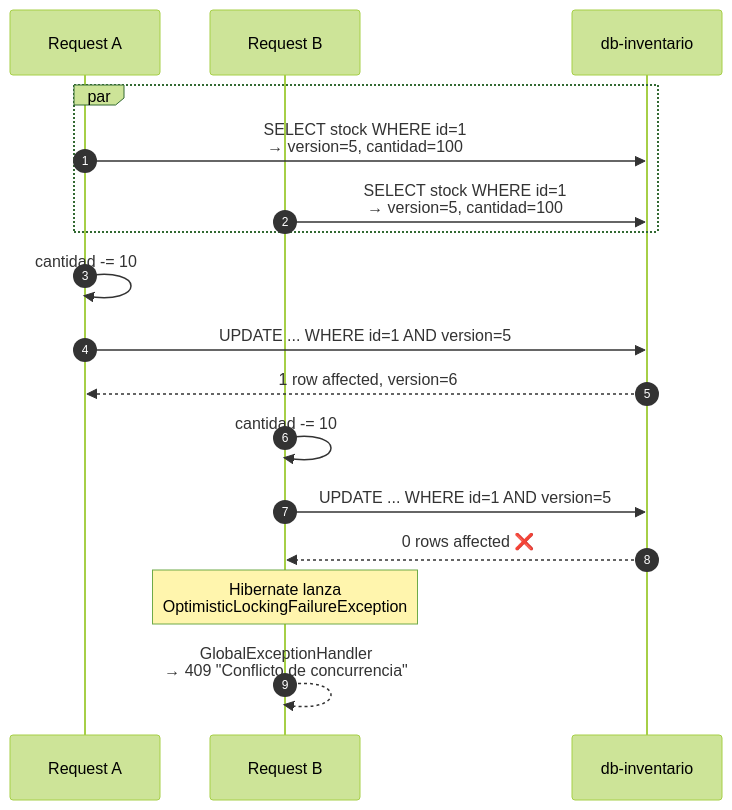
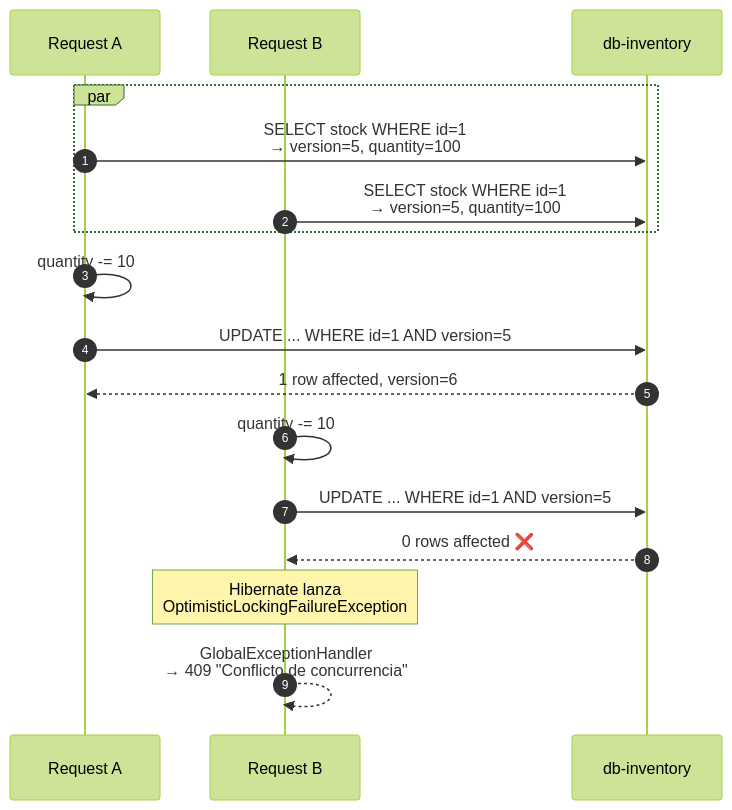
One commit to smartLogixfs/smartlogixs changed the third of 4 diagrams in backend/ms-inventory/README.md. Above: the diagram before and after it, drawn with Mermaid (forest theme). The commit also changed other lines of this file and 8 other files, not shown here.

````diff
--- a/backend/ms-inventory/README.md
+++ b/backend/ms-inventory/README.md
@@ -115,23 +133,23 @@
 ```mermaid
 sequenceDiagram
     autonumber
     participant A as Request A
     participant B as Request B
-    participant DB as db-inventario
+    participant DB as db-inventory
 
     par
-        A->>DB: SELECT stock WHERE id=1<br/>→ version=5, cantidad=100
-        B->>DB: SELECT stock WHERE id=1<br/>→ version=5, cantidad=100
+        A->>DB: SELECT stock WHERE id=1<br/>→ version=5, quantity=100
+        B->>DB: SELECT stock WHERE id=1<br/>→ version=5, quantity=100
     end
 
-    A->>A: cantidad -= 10
+    A->>A: quantity -= 10
     A->>DB: UPDATE ... WHERE id=1 AND version=5
     DB-->>A: 1 row affected, version=6
 
-    B->>B: cantidad -= 10
+    B->>B: quantity -= 10
     B->>DB: UPDATE ... WHERE id=1 AND version=5
     DB-->>B: 0 rows affected ❌
 
     Note over B: Hibernate lanza<br/>OptimisticLockingFailureException
     B-->>B: GlobalExceptionHandler<br/>→ 409 "Conflicto de concurrencia"
 ```
````
